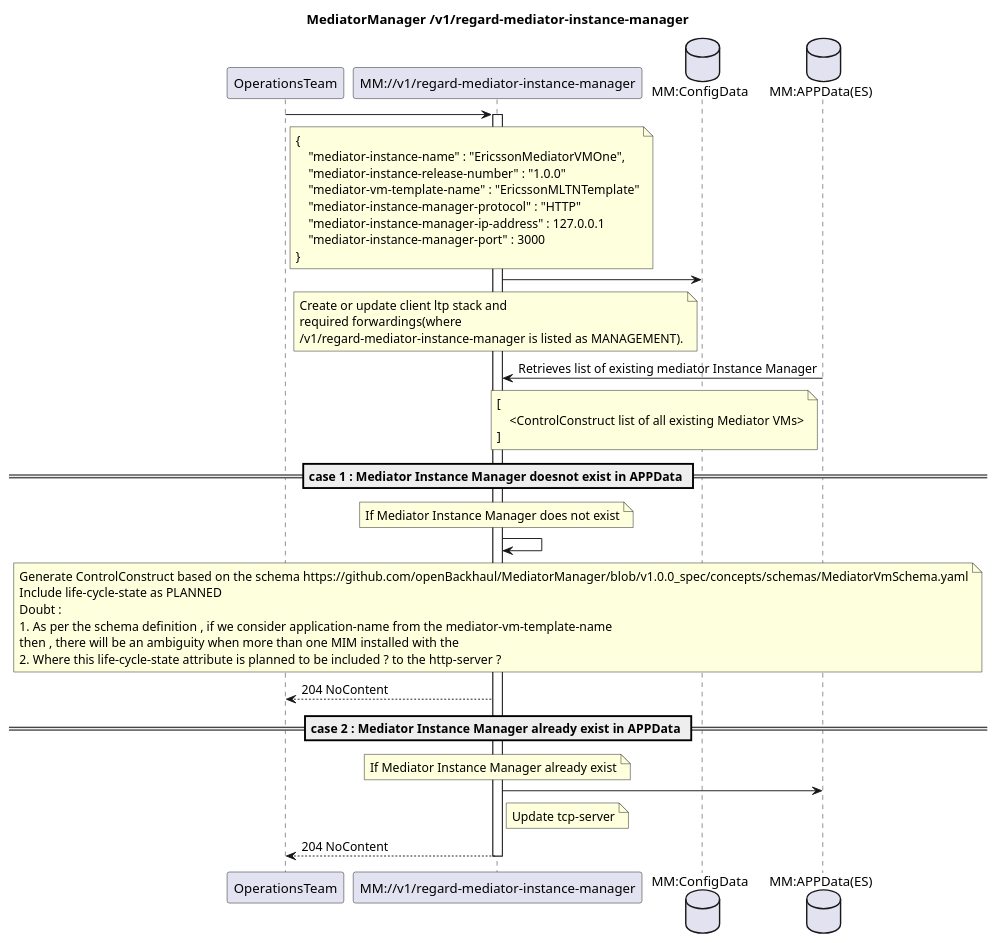
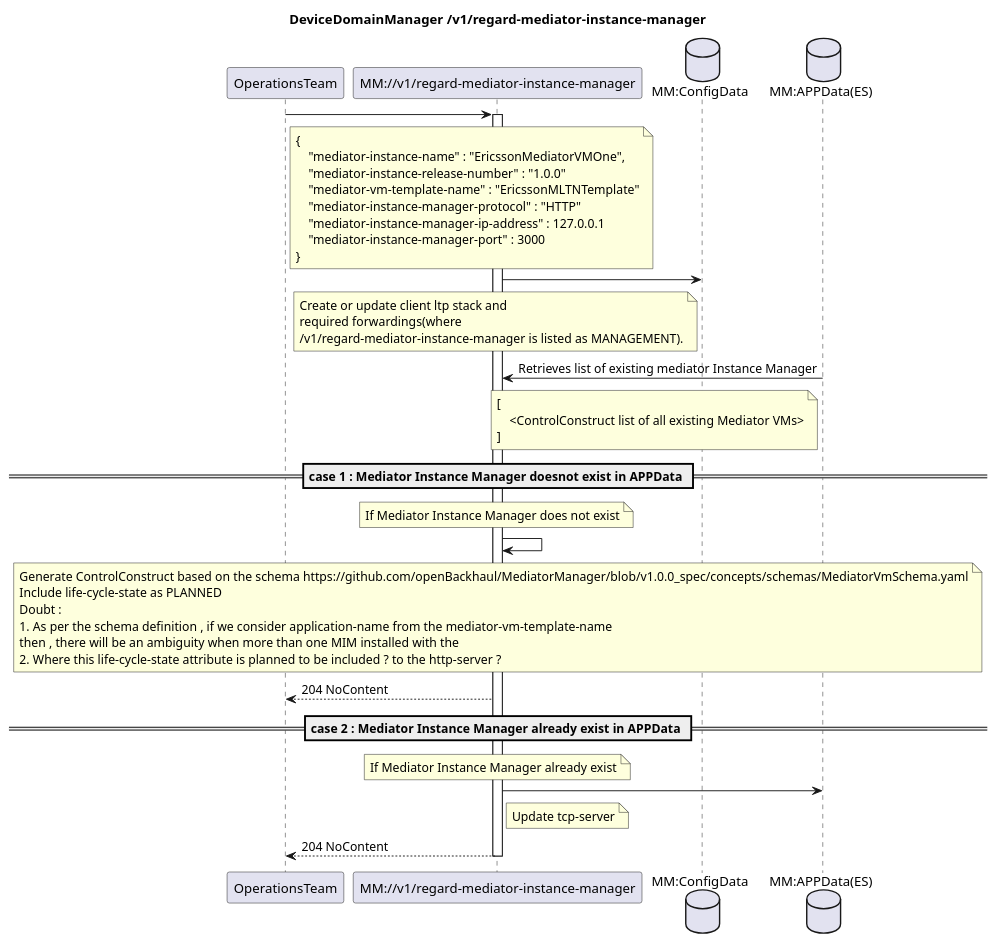
Before and after one commit to openBackhaul/MediatorManager: the diagram in spec/diagrams/MediatorVMtemplate/regardMediatorInstanceManager.iuml, drawn with PlantUML. The commit also changed 84 other files, not shown here.

```diff
--- a/spec/diagrams/MediatorVMtemplate/regardMediatorInstanceManager.iuml
+++ b/spec/diagrams/MediatorVMtemplate/regardMediatorInstanceManager.iuml
@@ -1,70 +1,70 @@
 @startuml regardMediatorInstanceManager
 skinparam responseMessageBelowArrow true
 
 title
-MediatorManager /v1/regard-mediator-instance-manager
+DeviceDomainManager /v1/regard-mediator-instance-manager
 end title
 
 participant "OperationsTeam" as OT
 participant "MM://v1/regard-mediator-instance-manager" as MM
 database "MM:ConfigData" as ConfigData
 database "MM:APPData(ES)" as AppData
 
 OT -> MM : 
 note right OT
     {
         "mediator-instance-name" : "EricssonMediatorVMOne",
         "mediator-instance-release-number" : "1.0.0"
         "mediator-vm-template-name" : "EricssonMLTNTemplate"
         "mediator-instance-manager-protocol" : "HTTP"
         "mediator-instance-manager-ip-address" : 127.0.0.1
         "mediator-instance-manager-port" : 3000
     }
 end note
 activate MM
 
 MM -> ConfigData
 note left ConfigData
 Create or update client ltp stack and 
 required forwardings(where 
 /v1/regard-mediator-instance-manager is listed as MANAGEMENT).
 end note
 
 AppData -> MM : Retrieves list of existing mediator Instance Manager
 note left AppData
 [
     <ControlConstruct list of all existing Mediator VMs>
 ]
 end note
 
 == case 1 : Mediator Instance Manager doesnot exist in APPData ==
 note over MM
    If Mediator Instance Manager does not exist
 end note
 
 MM -> MM
 note over MM
    Generate ControlConstruct based on the schema https://github.com/openBackhaul/MediatorManager/blob/v1.0.0_spec/concepts/schemas/MediatorVmSchema.yaml
    Include life-cycle-state as PLANNED
    Doubt : 
    1. As per the schema definition , if we consider application-name from the mediator-vm-template-name
    then , there will be an ambiguity when more than one MIM installed with the 
    2. Where this life-cycle-state attribute is planned to be included ? to the http-server ?
 end note
 
 MM --> OT : 204 NoContent
 
 == case 2 : Mediator Instance Manager already exist in APPData ==
 
 note over MM
    If Mediator Instance Manager already exist
 end note
 MM -> AppData :
 note right MM
    Update tcp-server
 end note
 MM --> OT : 204 NoContent
 
 deactivate MM
 
 @enduml
```
